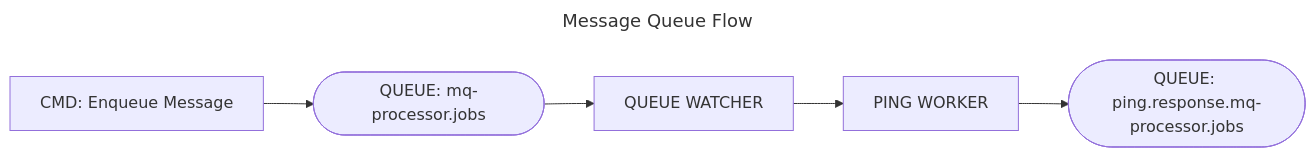
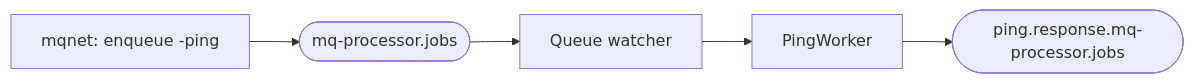
The second of 2 diagrams in docs/en/patterns/queue-worker.md (jugstalt/MessageQueueNET), drawn with Mermaid before and after one commit. The commit also changed other lines of this file and 29 other files, not shown here.

````diff
--- a/docs/en/patterns/queue-worker.md
+++ b/docs/en/patterns/queue-worker.md
@@ -141,16 +110,10 @@
 ```mermaid
----
-title: Message Queue Flow
----
 flowchart LR
-    cmd[CMD: Enqueue Message]
-    q1([QUEUE: mq-processor.jobs])
-    watcher[QUEUE WATCHER]
-    worker[PING WORKER]
-    q2([QUEUE: ping.response.mq-processor.jobs])
+    cmd[mqnet: enqueue -ping]
+    q1([mq-processor.jobs])
+    watcher[Queue watcher]
+    worker[PingWorker]
+    q2([ping.response.mq-processor.jobs])
 
-    cmd --> q1
-    q1 --> watcher
-    watcher --> worker
-    worker --> q2
+    cmd --> q1 --> watcher --> worker --> q2
 ```
````
